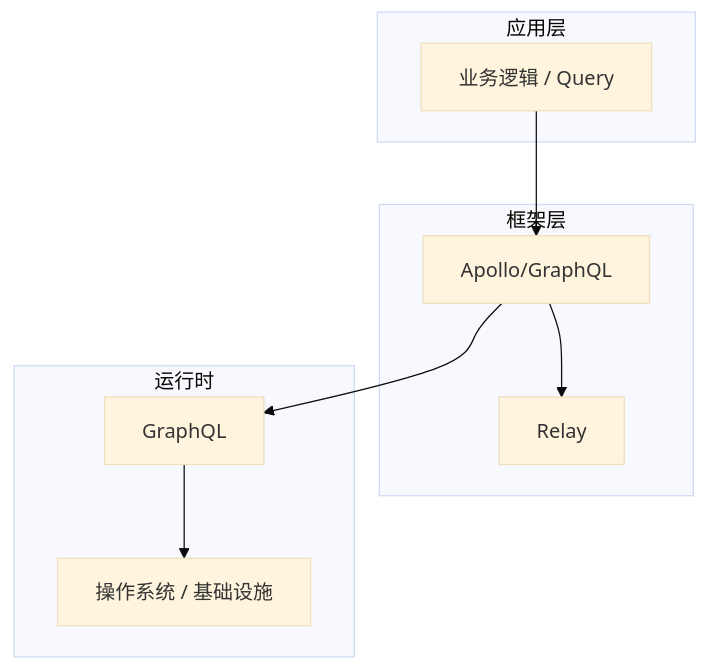
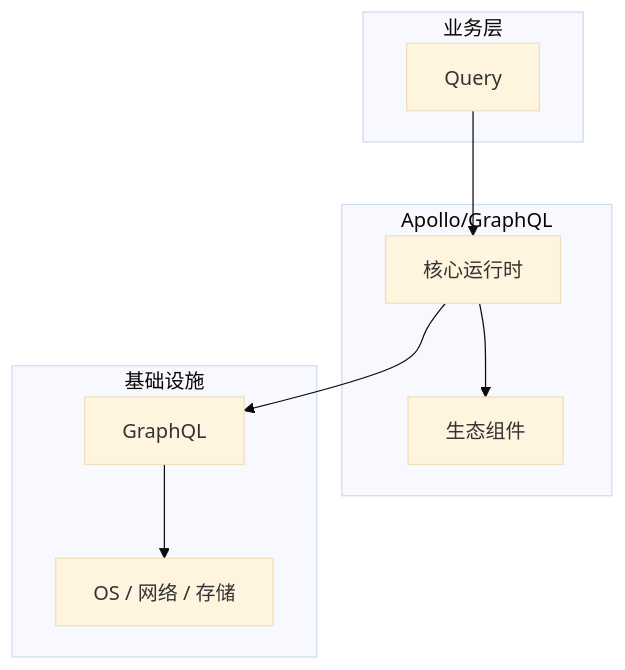
One commit to yanggan2015/knowledge-json-v2 changed the diagram in articles/GraphQL/chapters/011-Query核心概念与原理.md. Above: the diagram before and after it, drawn with Mermaid (base theme). The commit also changed other lines of this file and 10127 other files, not shown here.

````diff
--- a/articles/GraphQL/chapters/011-Query核心概念与原理.md
+++ b/articles/GraphQL/chapters/011-Query核心概念与原理.md
@@ -45,18 +34,18 @@
 ```mermaid
 graph TB
-    subgraph 应用层
-        A[业务逻辑 / Query]
+    subgraph 业务层
+        A[Query]
     end
-    subgraph 框架层
-        B[Apollo/GraphQL]
-        C[Relay]
+    subgraph Apollo/GraphQL
+        B[核心运行时]
+        C[生态组件]
     end
-    subgraph 运行时
+    subgraph 基础设施
         D[GraphQL]
-        E[操作系统 / 基础设施]
+        E[OS / 网络 / 存储]
     end
     A --> B
     B --> C
     B --> D
     D --> E
 ```
````
